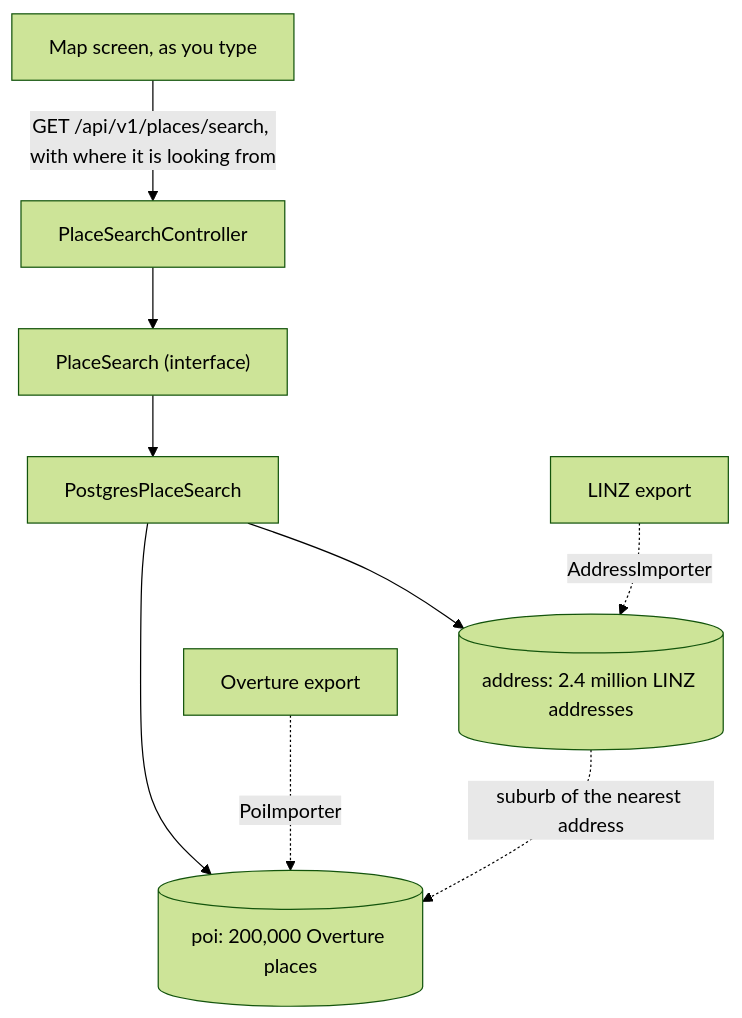
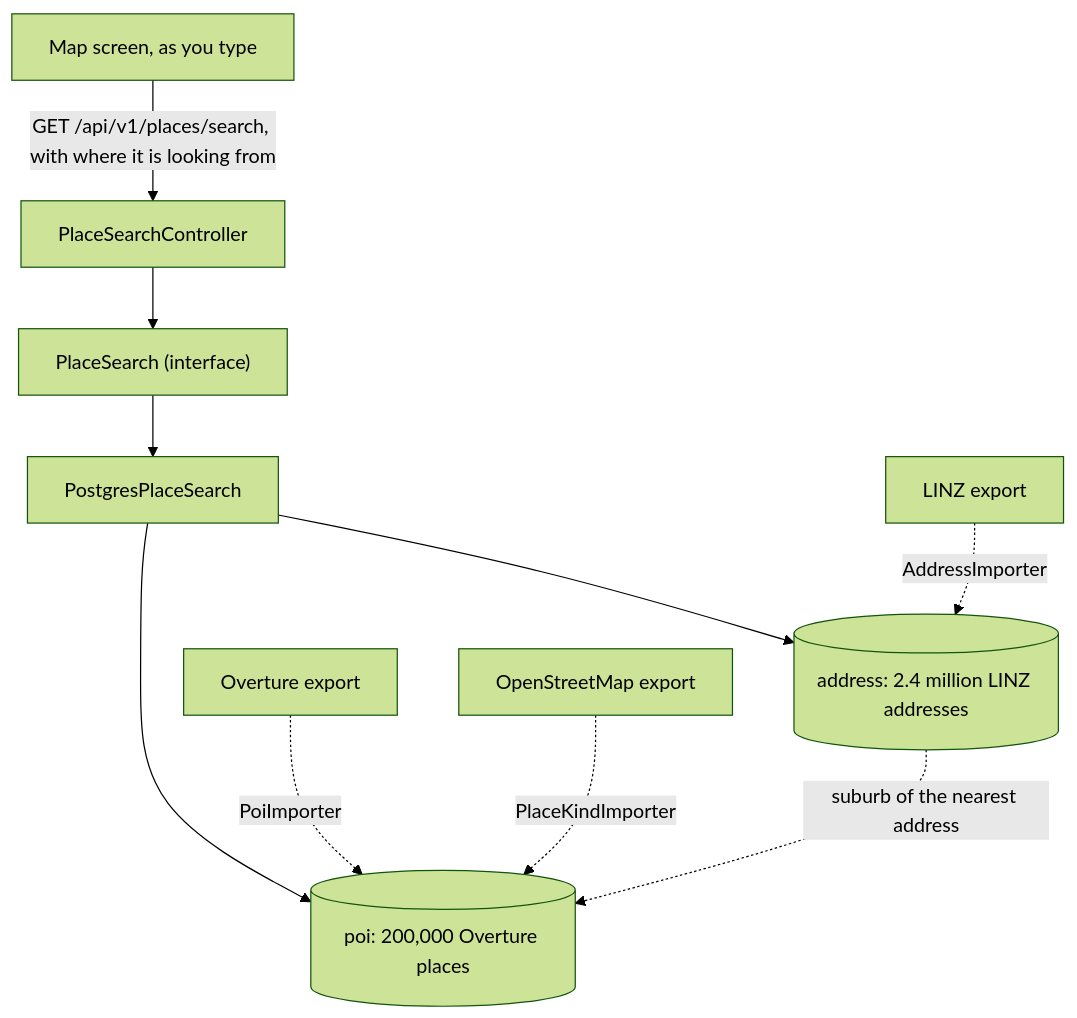
One commit to gerald-guledew/multi-stop-route-planner changed the second of 3 diagrams in docs/architecture.md. Above: the diagram before and after it, drawn with Mermaid (forest theme). The commit also changed other lines of this file and 18 other files, not shown here.

First line of the commit message:
Added the kind of each place, and finding a stop by it (#61)

````diff
--- a/docs/architecture.md
+++ b/docs/architecture.md
@@ -70,11 +70,12 @@
 ```mermaid
 flowchart TD
     Screen["Map screen, as you type"] -->|"GET /api/v1/places/search, with where it is looking from"| SearchController[PlaceSearchController]
     SearchController --> PlaceSearch["PlaceSearch (interface)"]
     PlaceSearch --> Postgres[PostgresPlaceSearch]
     Postgres --> Address[("address: 2.4 million LINZ addresses")]
     Postgres --> Poi[("poi: 200,000 Overture places")]
     Linz["LINZ export"] -.->|AddressImporter| Address
     Overture["Overture export"] -.->|PoiImporter| Poi
+    Map["OpenStreetMap export"] -.->|PlaceKindImporter| Poi
     Address -.->|"suburb of the nearest address"| Poi
 ```
````
